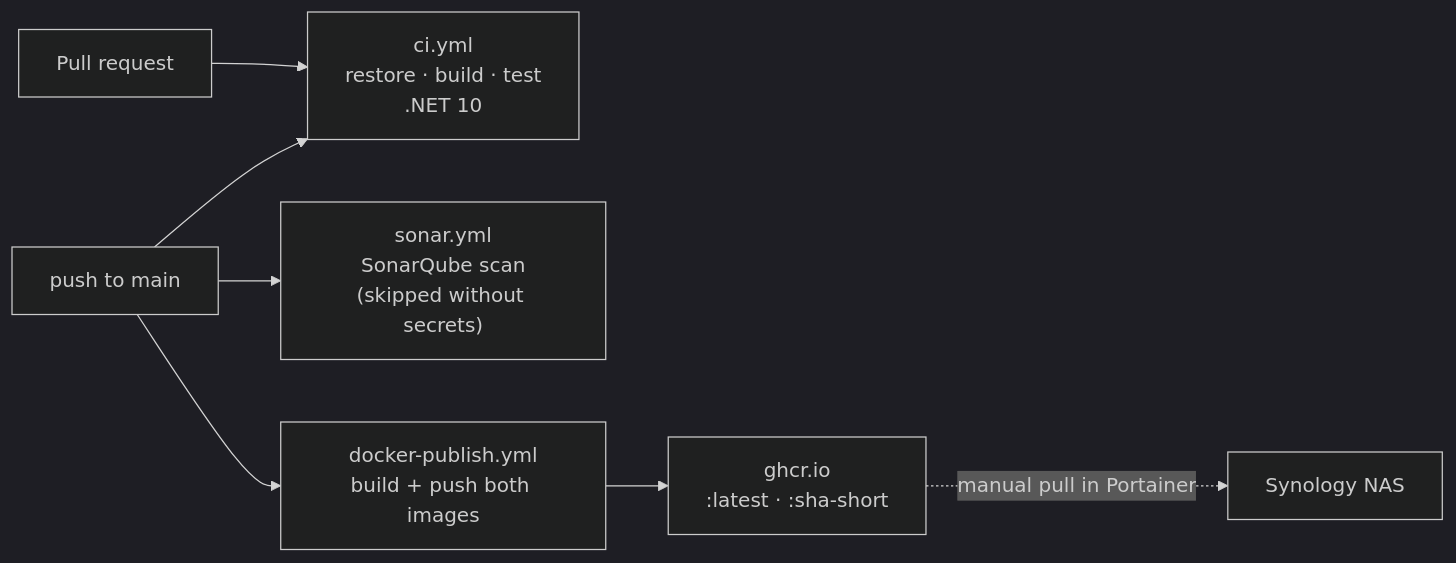
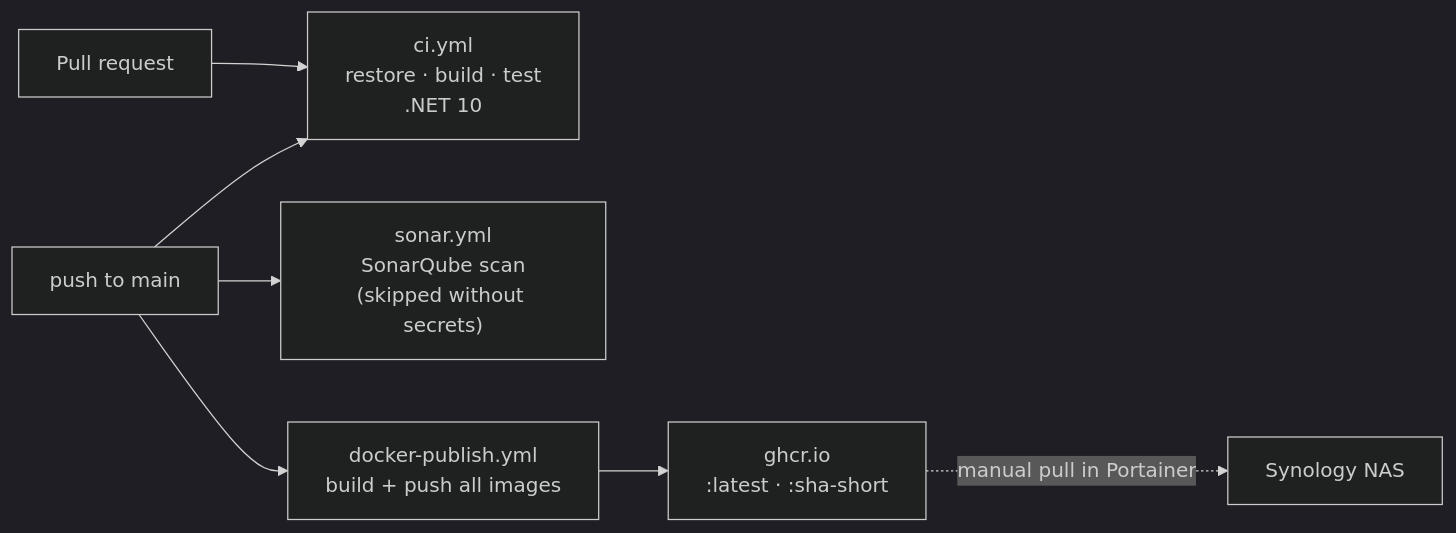
One commit to Gereon93/coffee changed the second of 2 diagrams in doc/arc42/07-deployment.md. Above: the diagram before and after it, drawn with Mermaid (dark theme). The commit also changed other lines of this file and 13 other files, not shown here.

````diff
--- a/doc/arc42/07-deployment.md
+++ b/doc/arc42/07-deployment.md
@@ -145,9 +176,9 @@
 ```mermaid
 graph LR
     PR["Pull request"] --> CI1["ci.yml<br/>restore · build · test<br/>.NET 10"]
     MAIN["push to main"] --> CI1
     MAIN --> SON["sonar.yml<br/>SonarQube scan<br/>(skipped without secrets)"]
-    MAIN --> PUB["docker-publish.yml<br/>build + push both images"]
+    MAIN --> PUB["docker-publish.yml<br/>build + push all images"]
     PUB --> GHCR["ghcr.io<br/>:latest · :sha-short"]
     GHCR -.->|manual pull in Portainer| NAS["Synology NAS"]
 ```
````
